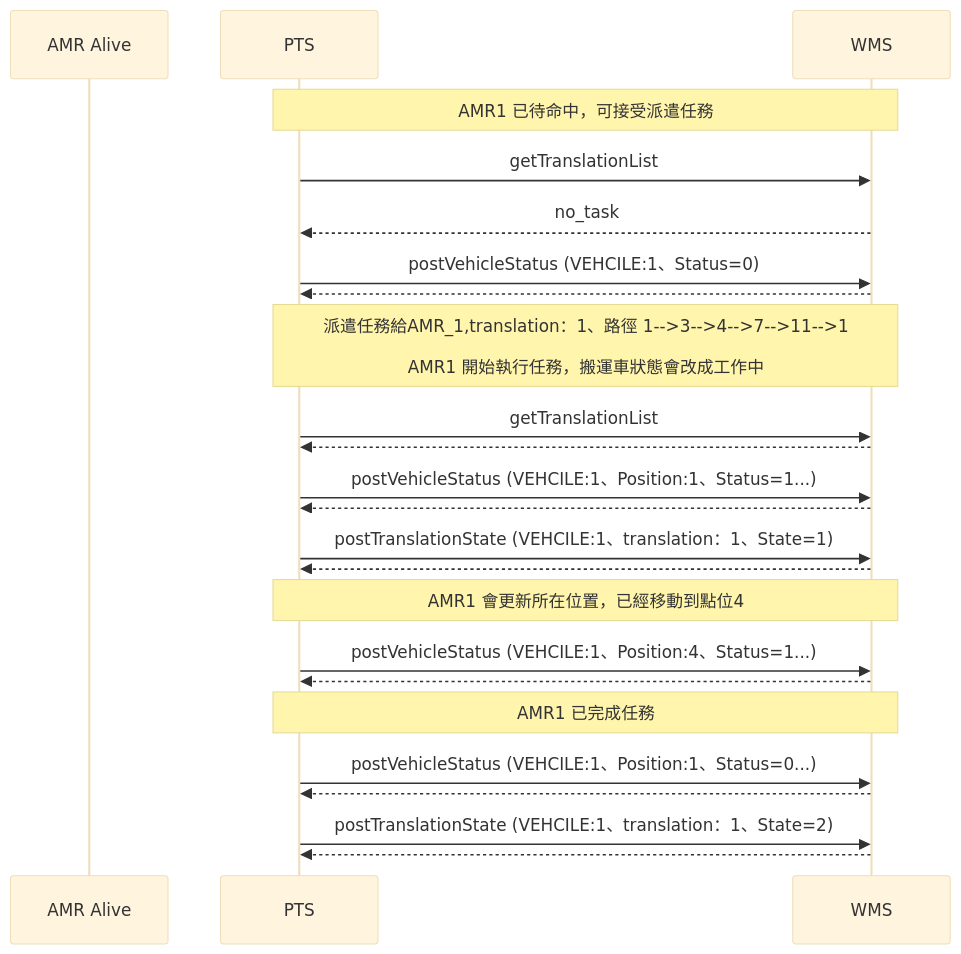
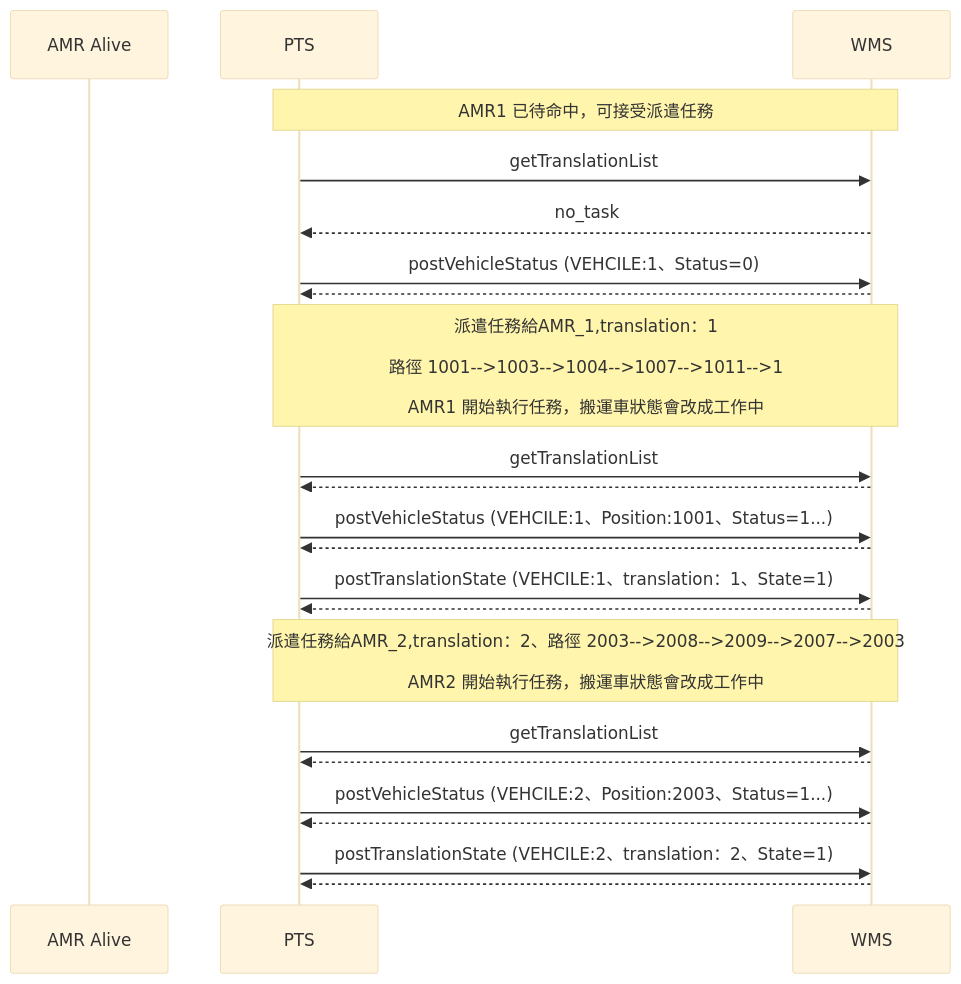
The sixth of 7 diagrams in README.md (athena-tircgo/amr-wms-lsj), drawn with Mermaid (base theme) before and after one commit. The commit also changed other lines of this file, not shown here.

````diff
--- a/README.md
+++ b/README.md
@@ -340,31 +340,30 @@
 ```mermaid
 sequenceDiagram
     participant AMR Alive
     participant PTS
     participant WMS
 
 note over PTS,WMS: AMR1 已待命中，可接受派遣任務
         PTS->>WMS: getTranslationList
         WMS-->>PTS: no_task
         PTS->>WMS: postVehicleStatus (VEHCILE:1、Status=0)
         WMS-->>PTS:
         
-note over PTS,WMS: 派遣任務給AMR_1,translation：1、路徑 1-->3-->4-->7-->11-->1<br><br>AMR1 開始執行任務，搬運車狀態會改成工作中
+note over PTS,WMS: 派遣任務給AMR_1,translation：1<br><br>路徑 1001-->1003-->1004-->1007-->1011-->1<br><br>AMR1 開始執行任務，搬運車狀態會改成工作中
      PTS->>WMS: getTranslationList
      WMS-->>PTS:
-     PTS->>WMS: postVehicleStatus (VEHCILE:1、Position:1、Status=1...)
+     PTS->>WMS: postVehicleStatus (VEHCILE:1、Position:1001、Status=1...)
      WMS-->>PTS:
      PTS->>WMS: postTranslationState (VEHCILE:1、translation：1、State=1)
      WMS-->>PTS:
 
-note over PTS,WMS: AMR1 會更新所在位置，已經移動到點位4
-     PTS->>WMS: postVehicleStatus (VEHCILE:1、Position:4、Status=1...)
+
+note over PTS,WMS: 派遣任務給AMR_2,translation：2、路徑 2003-->2008-->2009-->2007-->2003<br><br>AMR2 開始執行任務，搬運車狀態會改成工作中
+     PTS->>WMS: getTranslationList
      WMS-->>PTS:
-
-note over PTS,WMS: AMR1 已完成任務
-     PTS->>WMS: postVehicleStatus (VEHCILE:1、Position:1、Status=0...)
+     PTS->>WMS: postVehicleStatus (VEHCILE:2、Position:2003、Status=1...)
      WMS-->>PTS:
-     PTS->>WMS: postTranslationState (VEHCILE:1、translation：1、State=2)
+     PTS->>WMS: postTranslationState (VEHCILE:2、translation：2、State=1)
      WMS-->>PTS:
 
 ```
````
